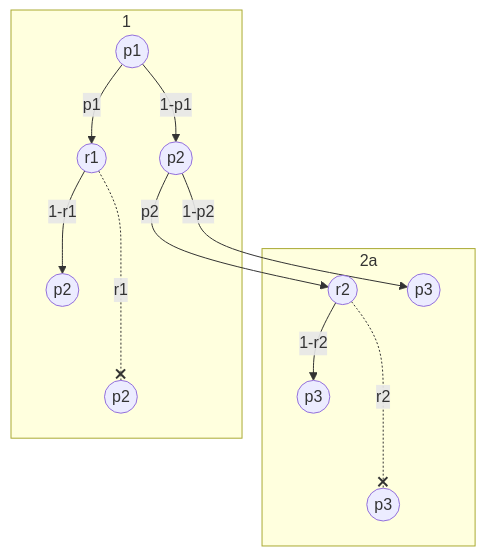
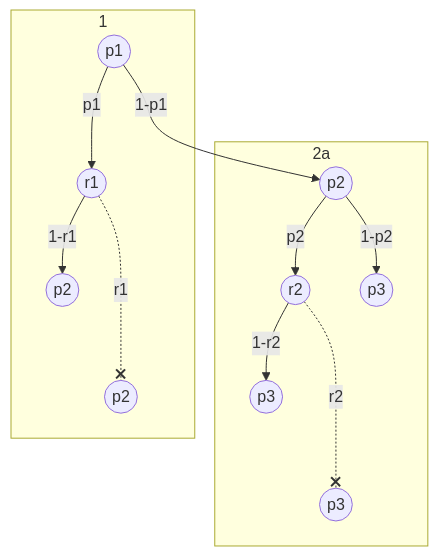
One commit to bfeitknecht/vault changed the fourth of 5 diagrams in vault/sem2/AuW/UE/cx/bf/cx07-bf.md. Above: the diagram before and after it, drawn with Mermaid. The commit also changed other lines of this file, not shown here.

````diff
--- a/vault/sem2/AuW/UE/cx/bf/cx07-bf.md
+++ b/vault/sem2/AuW/UE/cx/bf/cx07-bf.md
@@ -131,30 +131,33 @@
 ```mermaid
 flowchart TD
 
-subgraph 1
-id1((p1))
-id2((r1))
-
-id3((p2))
-id4((p2))
-id5((p2))
-
-id1-->|"1-p1"|id3
-id1-->|"p1"|id2
-id2-->|"1-r1"|id4
-id2-..-x|"r1"|id5
-end
 
 subgraph 2a
+id3((p2))
 id6((r2))
 
 id7((p3))
 id8((p3))
 id9((p3))
 
 id3-->|"1-p2"|id7
 id3-->|"p2"|id6
 id6-->|"1-r2"|id8
 id6-..-x|"r2"|id9
 end
+
+subgraph 1
+id1((p1))
+id2((r1))
+
+id4((p2))
+id5((p2))
+
+id1-->|"1-p1"|id3
+id1-->|"p1"|id2
+id2-->|"1-r1"|id4
+id2-..-x|"r1"|id5
+end
+
+
 ```
````
